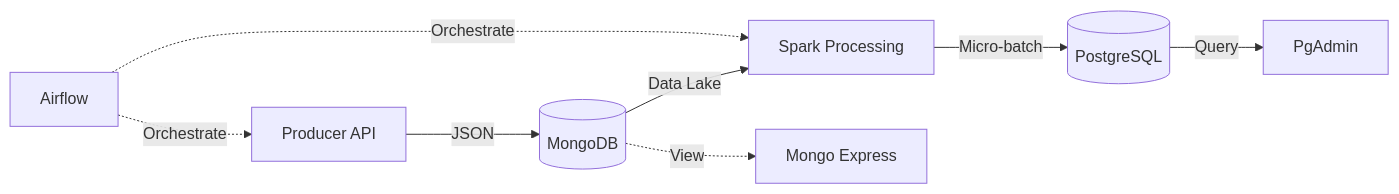
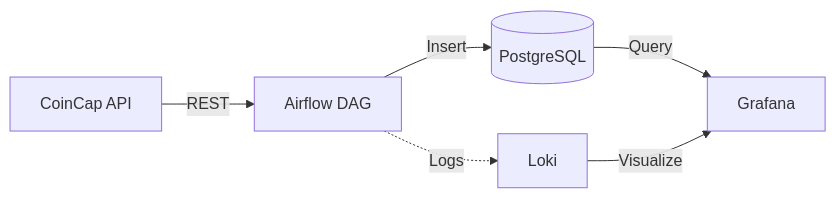
One commit to KerrianS/BigDataModelisation changed the diagram in README.md. Above: the diagram before and after it, drawn with Mermaid. The commit also changed other lines of this file and 6 other files, not shown here.

````diff
--- a/README.md
+++ b/README.md
@@ -9,10 +7,8 @@
 ```mermaid
 graph LR
-    P[Producer API] -->|JSON| M[(MongoDB)]
-    M -->|Data Lake| S[Spark Processing]
-    S -->|Micro-batch| DB[(PostgreSQL)]
-    DB -->|Query| V[PgAdmin]
-    M -.->|View| ME[Mongo Express]
-    A[Airflow] -.->|Orchestrate| P
-    A -.->|Orchestrate| S
+    API[CoinCap API] -->|REST| A[Airflow DAG]
+    A -->|Insert| DB[(PostgreSQL)]
+    DB -->|Query| G[Grafana]
+    A -.->|Logs| L[Loki]
+    L -->|Visualize| G
 ```
````
